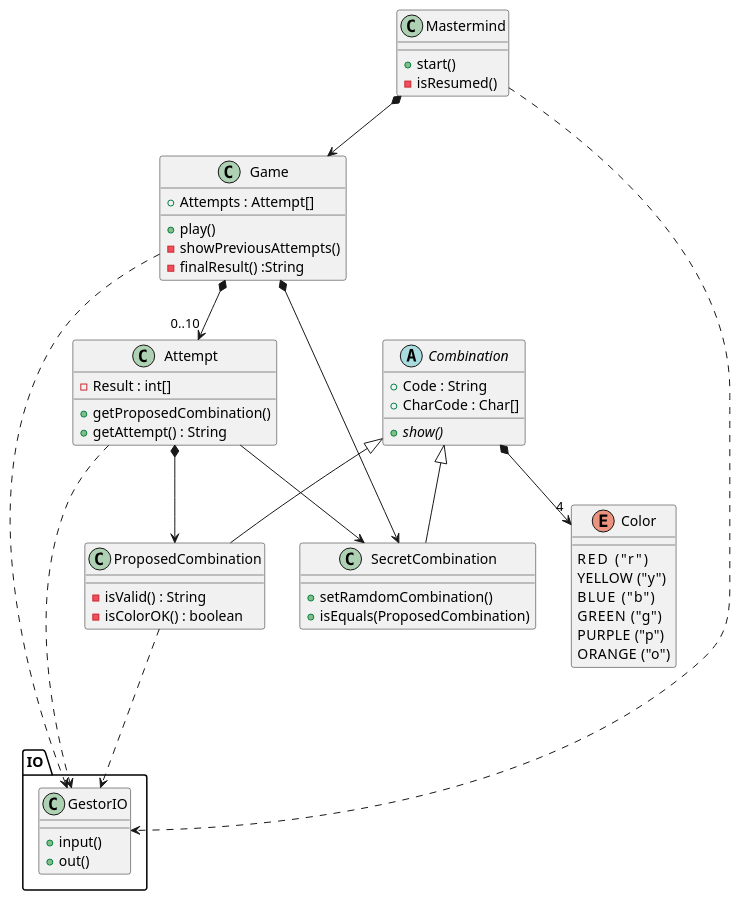
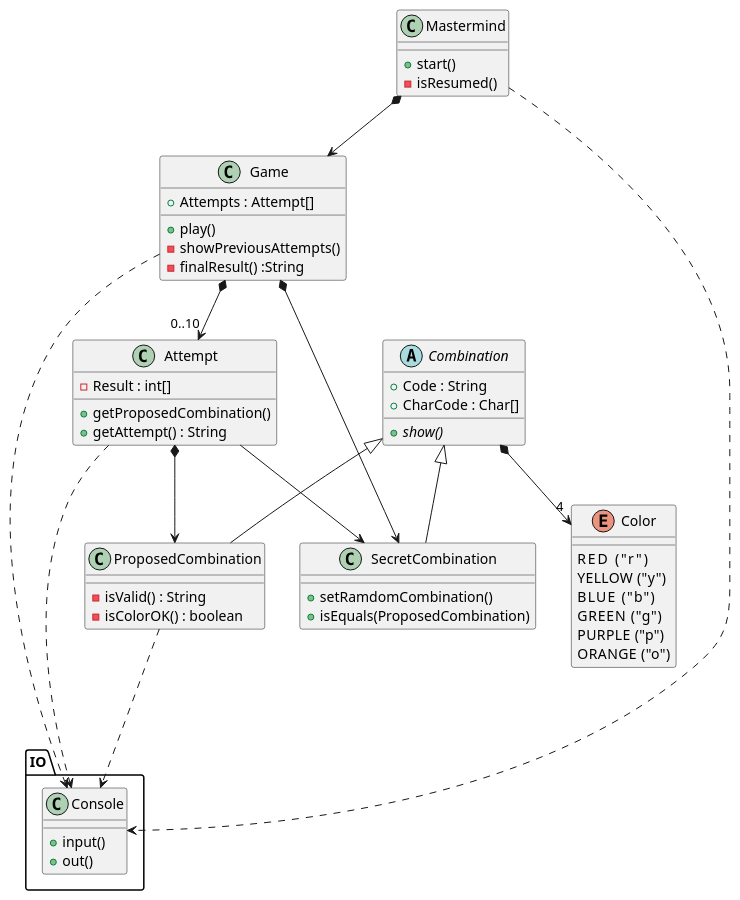
The diagram in Mastermind.wsd (Master-Desarrollo-20-21/ejercicio-2-vista-publica-clases-mastermind-kiarras), drawn with PlantUML before and after one commit.

```diff
--- a/Mastermind.wsd
+++ b/Mastermind.wsd
@@ -1,59 +1,59 @@
 @startuml Mastermind
 class Mastermind{
   + start()
   - isResumed()
 }
 Mastermind *--> Game
 class Game{
     + Attempts : Attempt[]
     + play()
     - showPreviousAttempts()
     - finalResult() :String
 }
 Game *--> "0..10" Attempt
 Game *--> SecretCombination
 
 class Attempt{
     - Result : int[]
     + getProposedCombination()
     + getAttempt() : String
 }
 Attempt *--> ProposedCombination
 Attempt --> SecretCombination
 
 abstract class Combination{
     + Code : String
     + CharCode : Char[]
     {abstract} + show()
 }
 Combination *--> "4" Color
 enum Color{
     RED     ("r")
     YELLOW  ("y")
     BLUE    ("b")
     GREEN   ("g")
     PURPLE  ("p")
     ORANGE  ("o")
 }
 Combination <|-- SecretCombination
 Combination <|-- ProposedCombination
 Class SecretCombination{
     + setRamdomCombination()
     + isEquals(ProposedCombination)
 }
 Class ProposedCombination{
     - isValid() : String
     - isColorOK() : boolean
 }
 
 package IO{
-    Class GestorIO{
+    Class Console{
         + input()
         + out()
     }
 }
-Attempt ...> GestorIO
-Game ...> GestorIO
-Mastermind ...> GestorIO
-ProposedCombination ...> GestorIO
+Attempt ...> Console
+Game ...> Console
+Mastermind ...> Console
+ProposedCombination ...> Console
 @enduml
```
